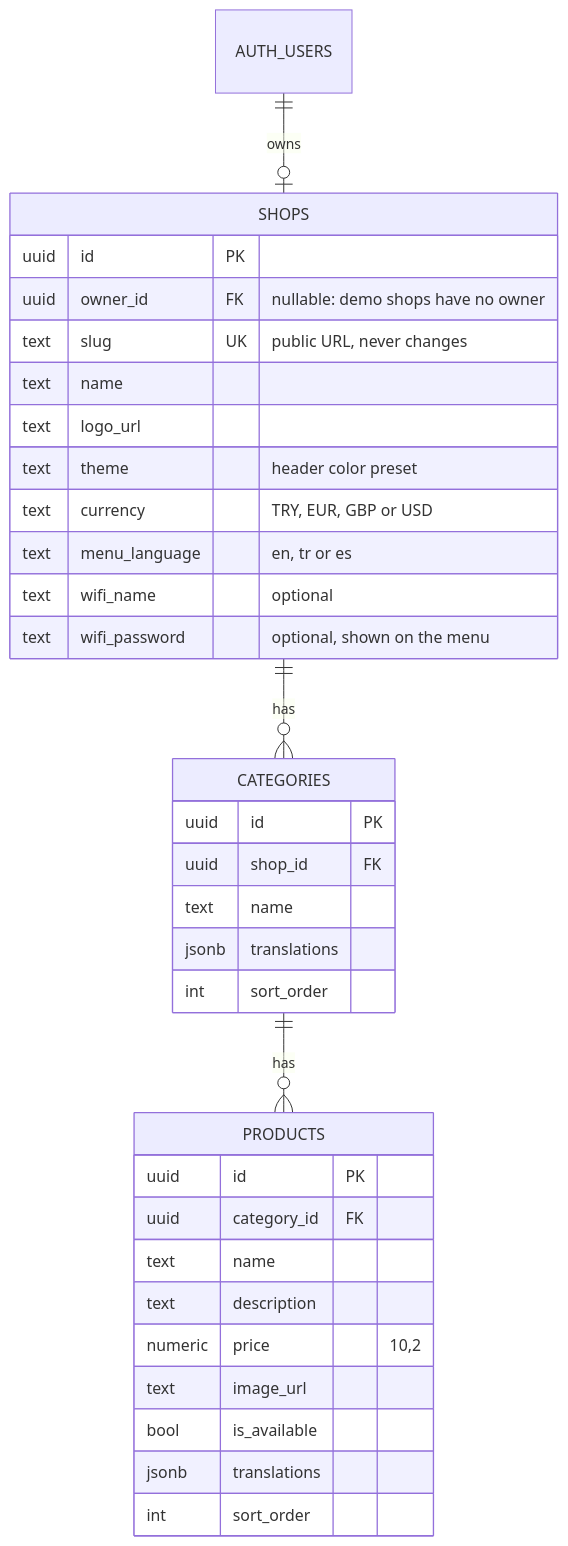
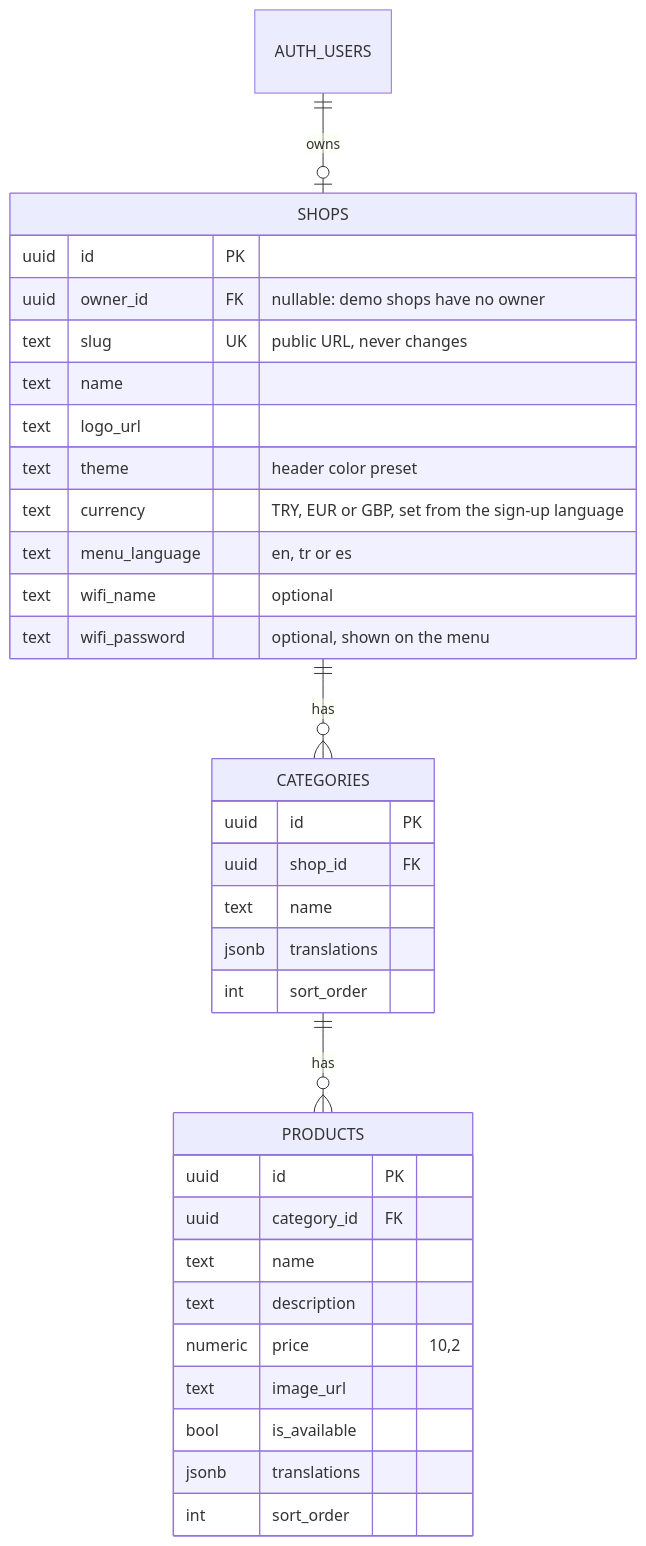
The second of 2 diagrams in README.md (huseyincansoylu/okut), drawn with Mermaid before and after one commit. The commit also changed 1 other file, not shown here.

Commit message:
Drop USD: currencies are only TRY, EUR and GBP
Currency is set from the sign-up language, so USD was unreachable. The
README data model now says so too.

````diff
--- a/README.md
+++ b/README.md
@@ -73,37 +73,37 @@
 ```mermaid
 erDiagram
     AUTH_USERS ||--o| SHOPS : owns
     SHOPS ||--o{ CATEGORIES : has
     CATEGORIES ||--o{ PRODUCTS : has
 
     SHOPS {
         uuid id PK
         uuid owner_id FK "nullable: demo shops have no owner"
         text slug UK "public URL, never changes"
         text name
         text logo_url
         text theme "header color preset"
-        text currency "TRY, EUR, GBP or USD"
+        text currency "TRY, EUR or GBP, set from the sign-up language"
         text menu_language "en, tr or es"
         text wifi_name "optional"
         text wifi_password "optional, shown on the menu"
     }
     CATEGORIES {
         uuid id PK
         uuid shop_id FK
         text name
         jsonb translations
         int sort_order
     }
     PRODUCTS {
         uuid id PK
         uuid category_id FK
         text name
         text description
         numeric price "10,2"
         text image_url
         bool is_available
         jsonb translations
         int sort_order
     }
 ```
````
